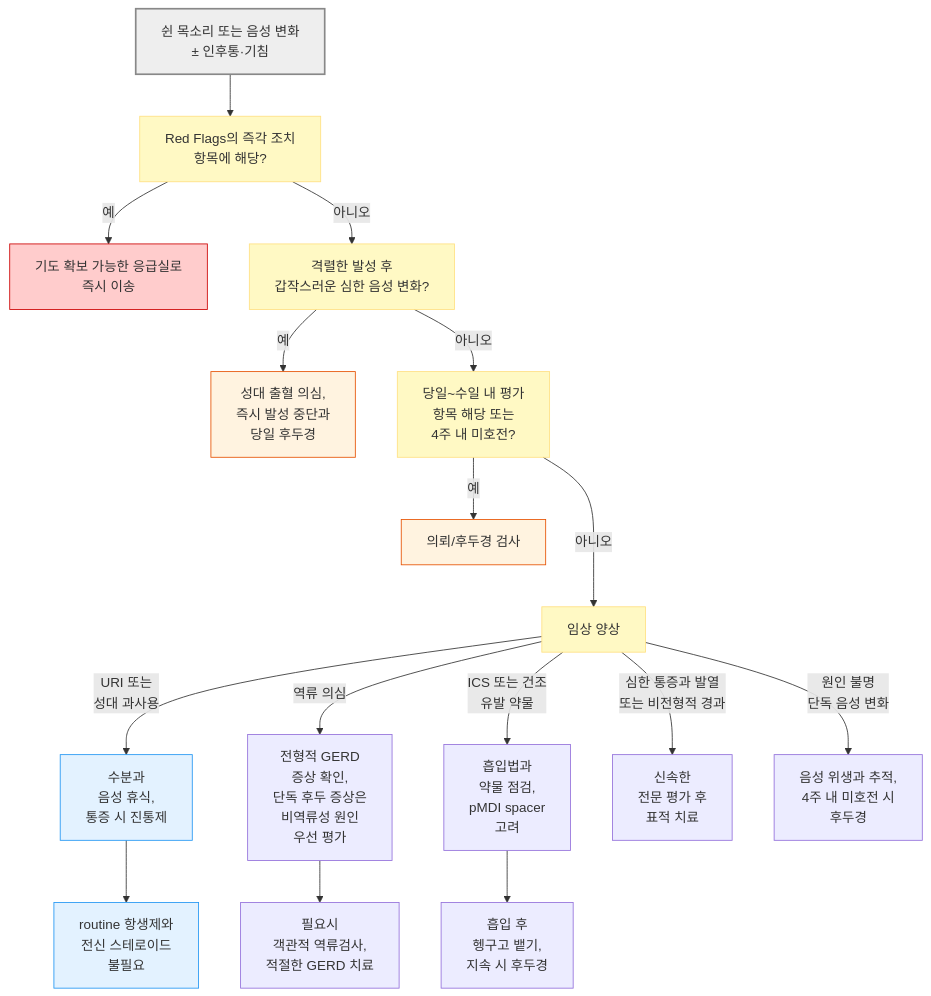
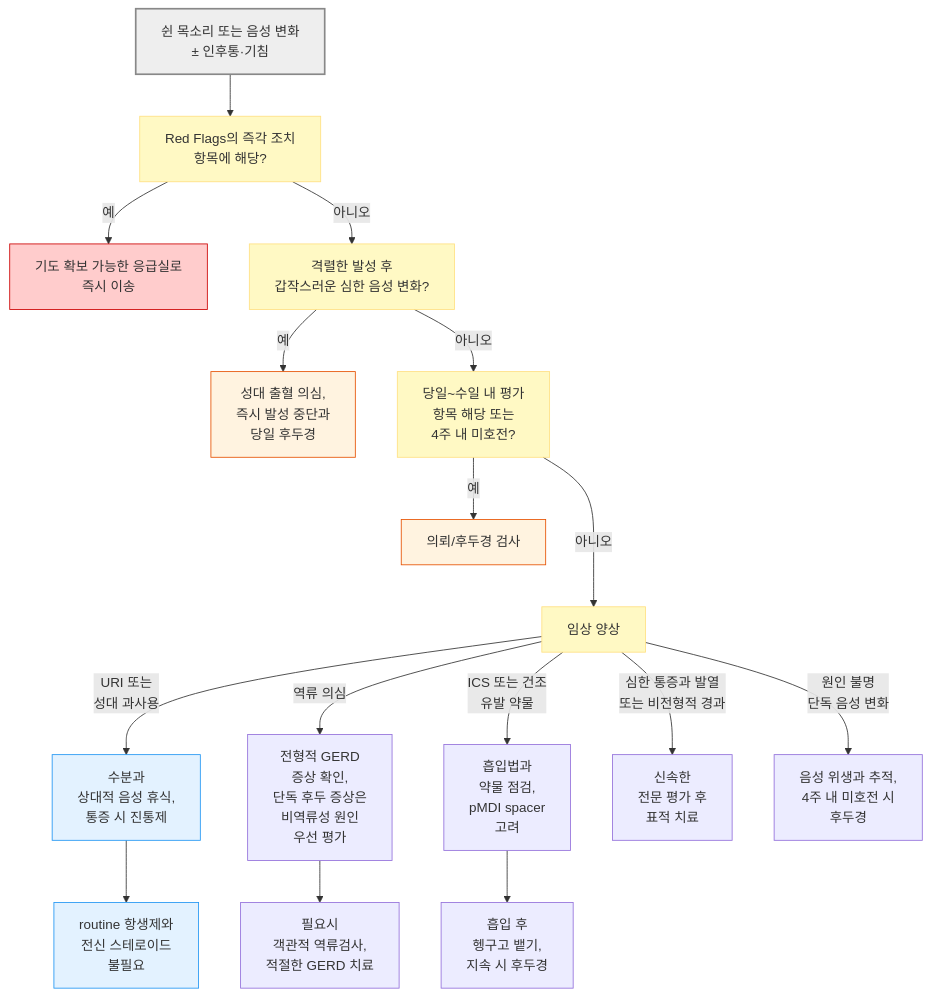
Before and after one commit to familyoh77/familyoh77: the diagram in 223_/063_-laryngitis.md, drawn with Mermaid. The commit also changed other lines of this file, not shown here.

````diff
--- a/223_/063_-laryngitis.md
+++ b/223_/063_-laryngitis.md
@@ -72,26 +72,26 @@
 ```mermaid
 graph TD
     A["쉰 목소리 또는 음성 변화 <br/>± 인후통·기침"] --> B["Red Flags의 즉각 조치 <br/>항목에 해당?"]
     B -->|예| C["기도 확보 가능한 응급실로 <br/>즉시 이송"]
     B -->|아니오| D["격렬한 발성 후 <br/>갑작스러운 심한 음성 변화?"]
     D -->|예| E["성대 출혈 의심, <br/>즉시 발성 중단과 <br/>당일 후두경"]
     D -->|아니오| F["당일~수일 내 평가 <br/>항목 해당 또는 <br/>4주 내 미호전?"]
     F -->|예| G["의뢰/후두경 검사"]
     F --->|아니오| H["임상 양상"]
-    H -->|URI 또는 <br/>성대 과사용| I["수분과 <br/>음성 휴식, <br/>통증 시 진통제"]
+    H -->|URI 또는 <br/>성대 과사용| I["수분과 <br/>상대적 음성 휴식, <br/>통증 시 진통제"]
     H -->|역류 의심| J["전형적 GERD <br/>증상 확인, <br/>단독 후두 증상은 <br/>비역류성 원인 <br/>우선 평가"]
     H -->|ICS 또는 건조 <br/>유발 약물| K["흡입법과 <br/>약물 점검, <br/>pMDI spacer <br/>고려"]
     H -->|심한 통증과 발열 <br/>또는 비전형적 경과| L["신속한 <br/>전문 평가 후<br/> 표적 치료"]
     H -->|원인 불명 <br/>단독 음성 변화| M["음성 위생과 추적, <br/>4주 내 미호전 시 <br/>후두경"]
     I --> N["routine 항생제와 <br/>전신 스테로이드 <br/>불필요"]
     J --> O["필요시 <br/>객관적 역류검사, <br/>적절한 GERD 치료"]
     K --> P["흡입 후 <br/>헹구고 뱉기, <br/>지속 시 후두경"]
     style A fill:#eeeeee,stroke:#888888,stroke-width:2px
     classDef yellow fill:#fff9c4,stroke:#ffe082
     class B,D,F,H yellow
     style C fill:#ffcccc,stroke:#cc0000
     style E fill:#fff3e0,stroke:#e65100
     style G fill:#fff3e0,stroke:#e65100
     style I fill:#e3f2ff,stroke:#2196f3
     style N fill:#e3f2ff,stroke:#2196f3
 ```
````
